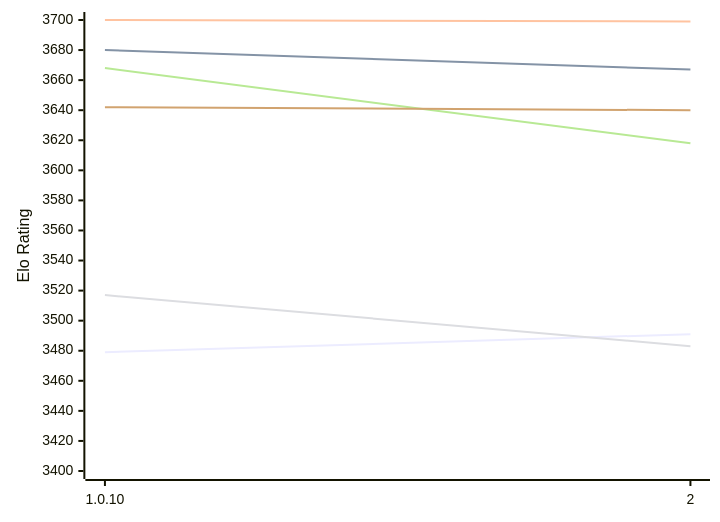
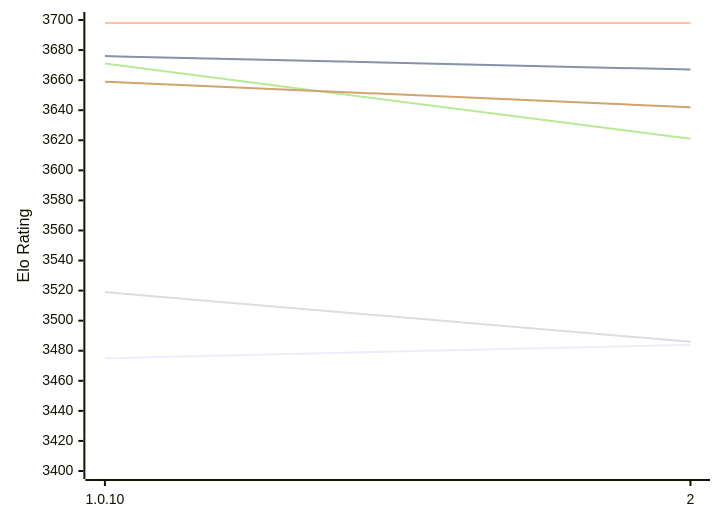
Before and after one commit to computer-chess-index/cci: the diagram in engines/8Chess.md, drawn with Mermaid. The commit also changed other lines of this file, not shown here.

Commit message:
Update CCI Ratings (ELO VLTC) - 2026-11-24

````diff
--- a/engines/8Chess.md
+++ b/engines/8Chess.md
@@ -49,12 +49,12 @@
 ```mermaid
 %%{init: {"theme":"base","themeVariables":{"seriesColors:['#a3a3a3','#222221','#faa371']}}}%%
 xychart-beta
   x-axis ["1.0.10", "2"]
   y-axis "Elo Rating" 3400 --> 3700
-  line "E1: STC (8.0+0.08s)" [3479, 3491]
-  line "E1: LTC (60.0+0.60s)" [3680, 3667]
-  line "E1: VLTC (2m24s+1.12s)" [3700, 3699]
-  line "P1: STC (8.0+0.08s)" [3517, 3483]
-  line "P1: LTC (60.0+0.60s)" [3668, 3618]
-  line "P1: VLTC (2m24s+1.12s)" [3642, 3640]
+  line "E1: STC (8.0+0.08s)" [3475, 3484]
+  line "E1: LTC (60.0+0.60s)" [3676, 3667]
+  line "E1: VLTC (2m24s+1.12s)" [3698, 3698]
+  line "P1: STC (8.0+0.08s)" [3519, 3486]
+  line "P1: LTC (60.0+0.60s)" [3671, 3621]
+  line "P1: VLTC (2m24s+1.12s)" [3659, 3642]
 ```
````
